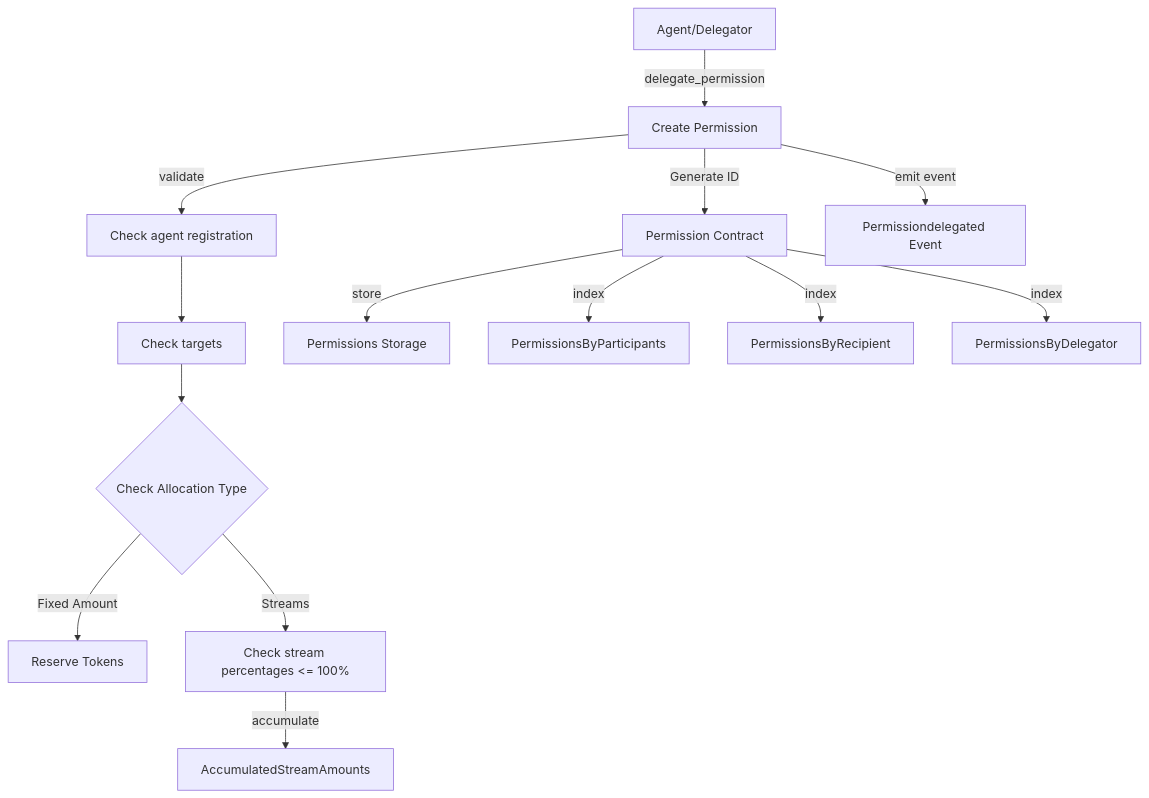
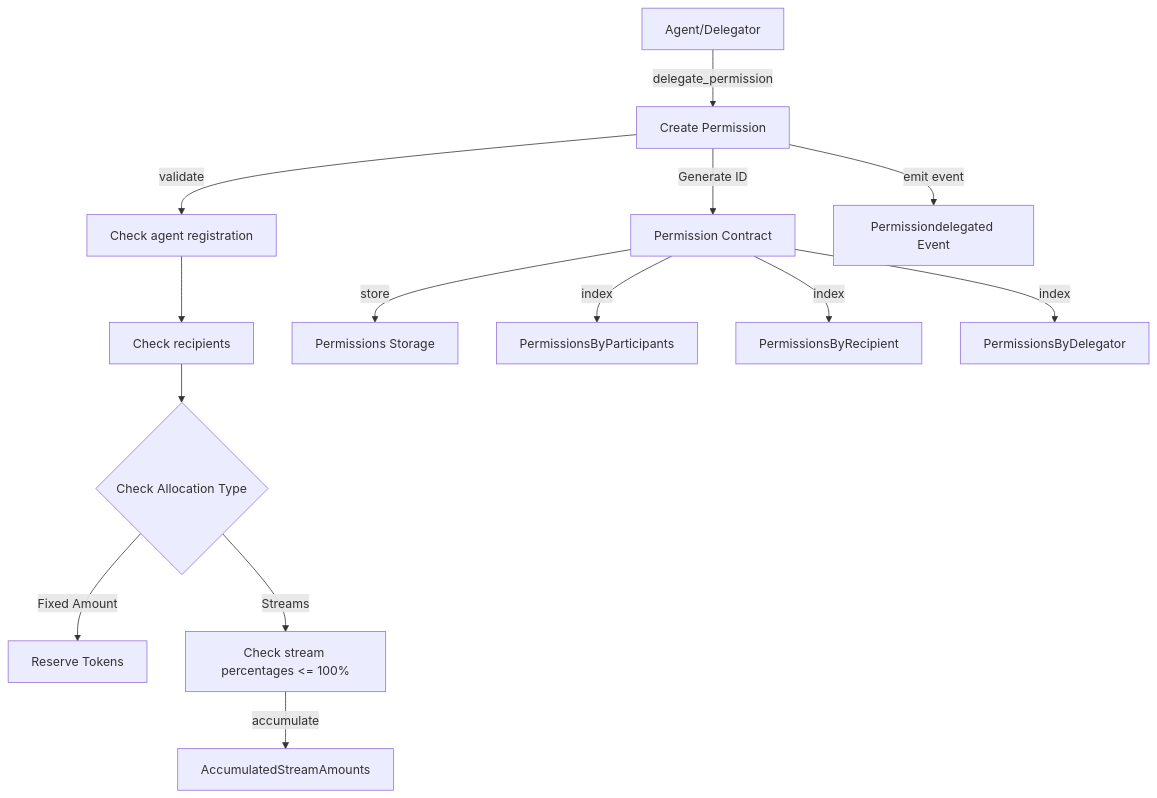
Before and after one commit to renlabs-dev/torus-substrate: the second of 3 diagrams in docs/permission0.md, drawn with Mermaid. The commit also changed other lines of this file and 3 other files, not shown here.

````diff
--- a/docs/permission0.md
+++ b/docs/permission0.md
@@ -338,14 +422,14 @@
 ```mermaid
 flowchart TD
     A["Agent/Delegator"] -- delegate_permission --> B["Create Permission"]
-    B -- validate --> C["Check agent registration"] --> E["Check targets"] --> P{"Check Allocation Type"}
+    B -- validate --> C["Check agent registration"] --> E["Check recipients"] --> P{"Check Allocation Type"}
     P -- Fixed Amount --> K["Reserve Tokens"]
     P -- Streams --> D["Check stream percentages <= 100%"]
     B -- Generate ID --> F["Permission Contract"]
     F -- store --> G["Permissions Storage"]
     F -- index --> J["PermissionsByParticipants"]
     F -- index --> I["PermissionsByRecipient"]
     F -- index --> H["PermissionsByDelegator"]
     B -- emit event --> M["Permissiondelegated Event"]
     D -- accumulate --> L["AccumulatedStreamAmounts"]
 ```
````
